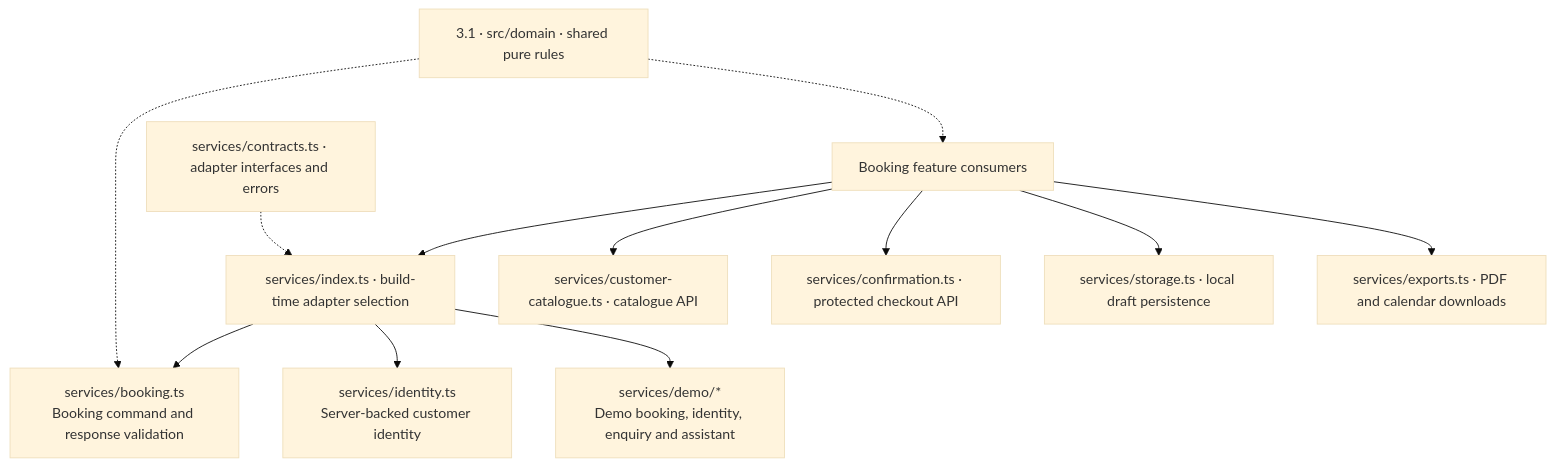
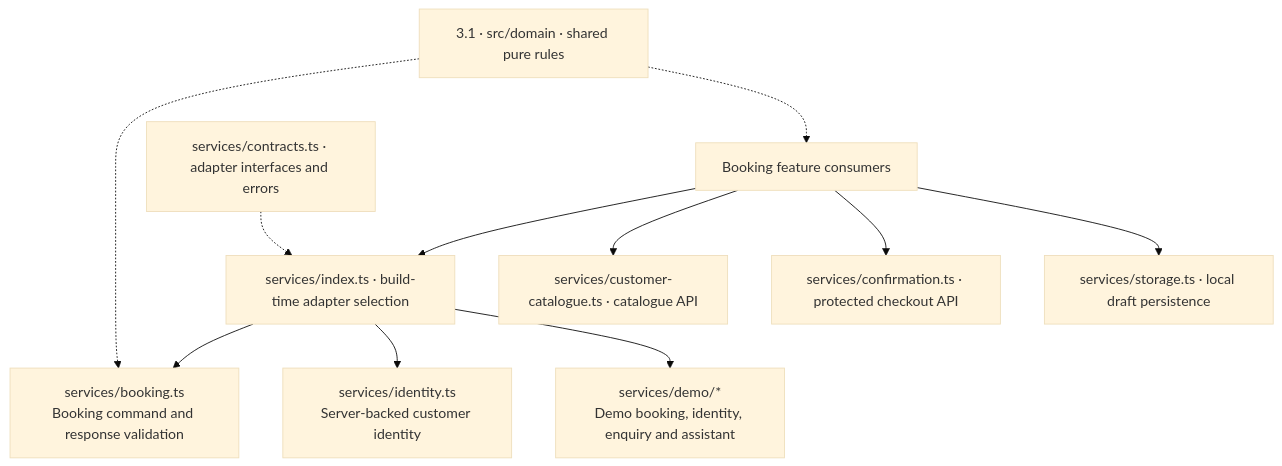
One commit to soccerbotstudiosg/soccerbotstudioSG changed the fourth of 15 diagrams in docs/code-owners/index.md. Above: the diagram before and after it, drawn with Mermaid (base theme). The commit also changed other lines of this file and 24 other files, not shown here.

````diff
--- a/docs/code-owners/index.md
+++ b/docs/code-owners/index.md
@@ -67,15 +67,14 @@
 ```mermaid
 flowchart TB
   Services["services/index.ts · build-time adapter selection"]
   Services --> Booking["services/booking.ts<br/>Booking command and response validation"]
   Services --> Identity["services/identity.ts<br/>Server-backed customer identity"]
   Services --> Demo["services/demo/*<br/>Demo booking, identity, enquiry and assistant"]
   Browser["Booking feature consumers"] --> Services
   Browser --> Catalogue["services/customer-catalogue.ts · catalogue API"]
   Browser --> Confirm["services/confirmation.ts · protected checkout API"]
   Browser --> Storage["services/storage.ts · local draft persistence"]
-  Browser --> Exports["services/exports.ts · PDF and calendar downloads"]
   Contracts["services/contracts.ts · adapter interfaces and errors"] -.-> Services
   Rules["3.1 · src/domain · shared pure rules"] -.-> Booking
   Rules -.-> Browser
 ```
````
